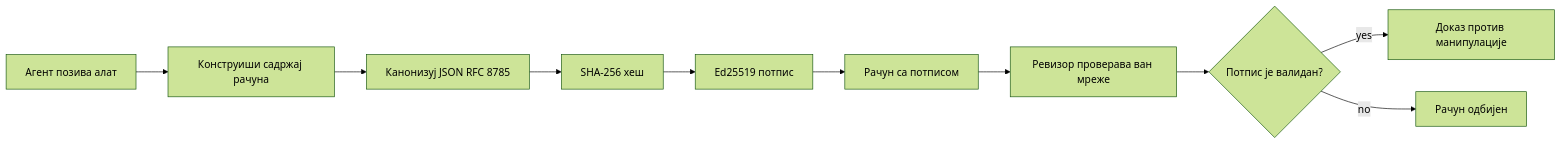
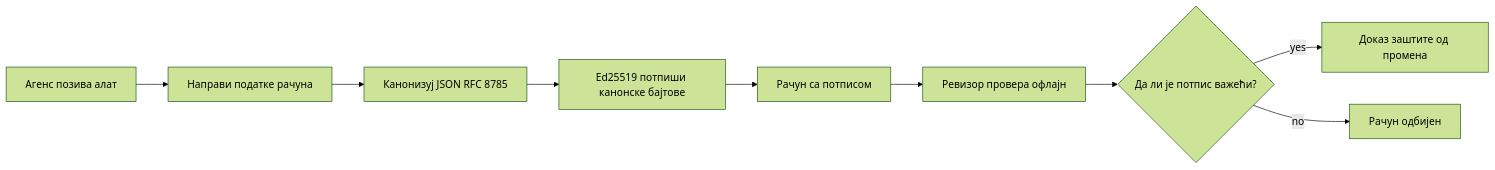
The first of 2 diagrams in mirrors/repos/microsoft@ai-agents-for-beginners/translations/sr/18-securing-ai-agents/README.md (gabrielmoreira/agent-skills-mirror), drawn with Mermaid (forest theme) before and after one commit. The commit also changed other lines of this file and 4262 other files, not shown here.

````diff
--- a/mirrors/repos/microsoft@ai-agents-for-beginners/translations/sr/18-securing-ai-agents/README.md
+++ b/mirrors/repos/microsoft@ai-agents-for-beginners/translations/sr/18-securing-ai-agents/README.md
@@ -51,12 +51,11 @@
 ```mermaid
 flowchart LR
-    A[Агент позива алат] --> B[Конструиши садржај рачуна]
+    A[Агенс позива алат] --> B[Направи податке рачуна]
     B --> C[Канонизуј JSON RFC 8785]
-    C --> D[SHA-256 хеш]
-    D --> E[Ed25519 потпис]
+    C --> E[Ed25519 потпиши канонске бајтове]
     E --> F[Рачун са потписом]
-    F --> G[Ревизор проверава ван мреже]
-    G --> H{Потпис је валидан?}
-    H -- yes --> I[Доказ против манипулације]
+    F --> G[Ревизор проверa офлајн]
+    G --> H{Да ли је потпис важећи?}
+    H -- yes --> I[Доказ заштите од промена]
     H -- no --> J[Рачун одбијен]
 ```
````
